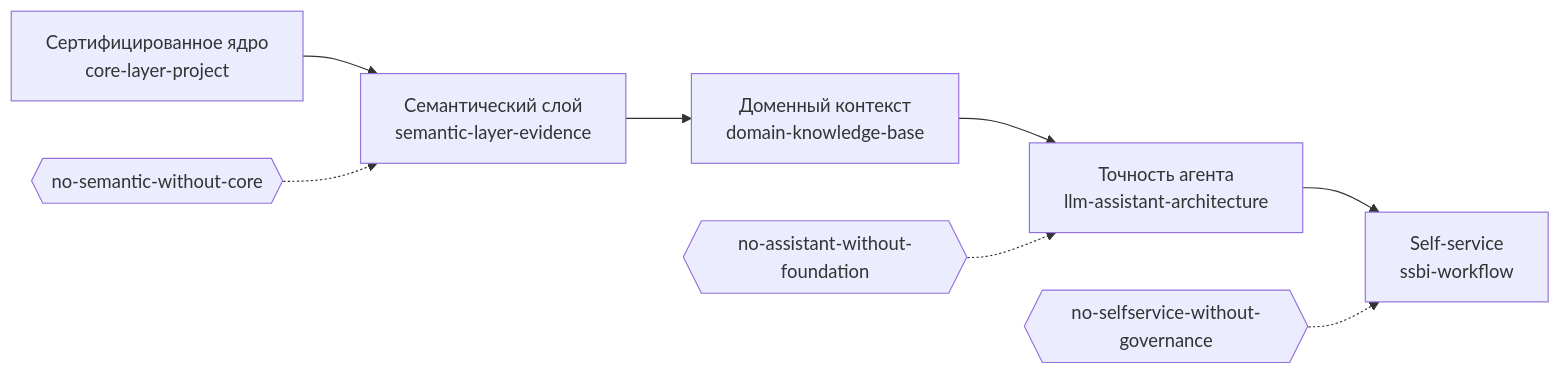
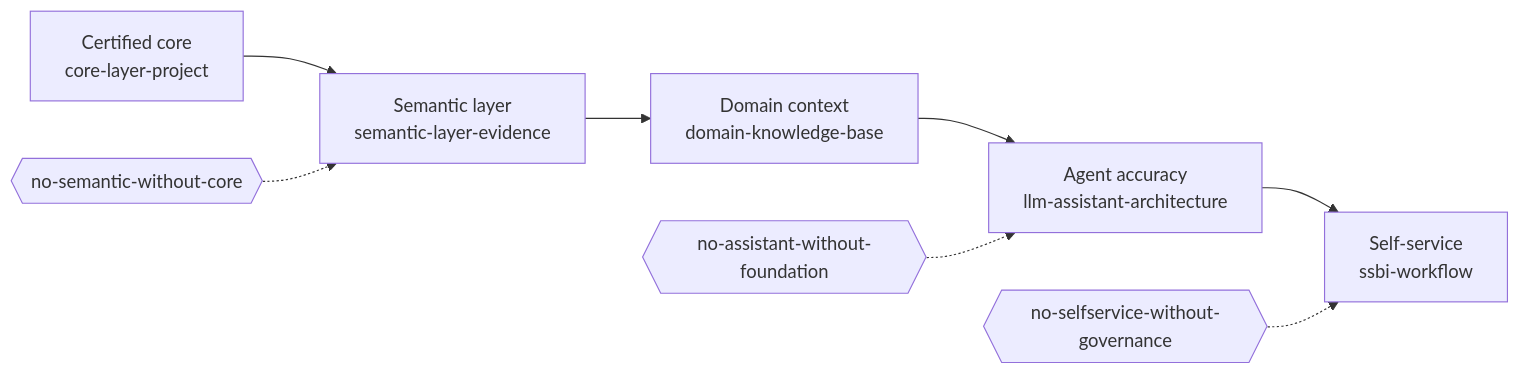
The second of 10 diagrams in references/kb/30-graph.md (alexbarakov/BI-strategy-self-consulting-agent), drawn with Mermaid before and after one commit. The commit also changed other lines of this file, not shown here.

Commit message:
Translate the visual theme graph (batch 3, part 2)

````diff
--- a/references/kb/30-graph.md
+++ b/references/kb/30-graph.md
@@ -51,8 +51,8 @@
 ```mermaid
 flowchart LR
-  A["Сертифицированное ядро<br/>core-layer-project"] --> B["Семантический слой<br/>semantic-layer-evidence"] --> C["Доменный контекст<br/>domain-knowledge-base"] --> D["Точность агента<br/>llm-assistant-architecture"] --> E["Self-service<br/>ssbi-workflow"]
+  A["Certified core<br/>core-layer-project"] --> B["Semantic layer<br/>semantic-layer-evidence"] --> C["Domain context<br/>domain-knowledge-base"] --> D["Agent accuracy<br/>llm-assistant-architecture"] --> E["Self-service<br/>ssbi-workflow"]
 
   G1{{"no-semantic-without-core"}} -.-> B
   G2{{"no-assistant-without-foundation"}} -.-> D
   G3{{"no-selfservice-without-governance"}} -.-> E
 ```
````
